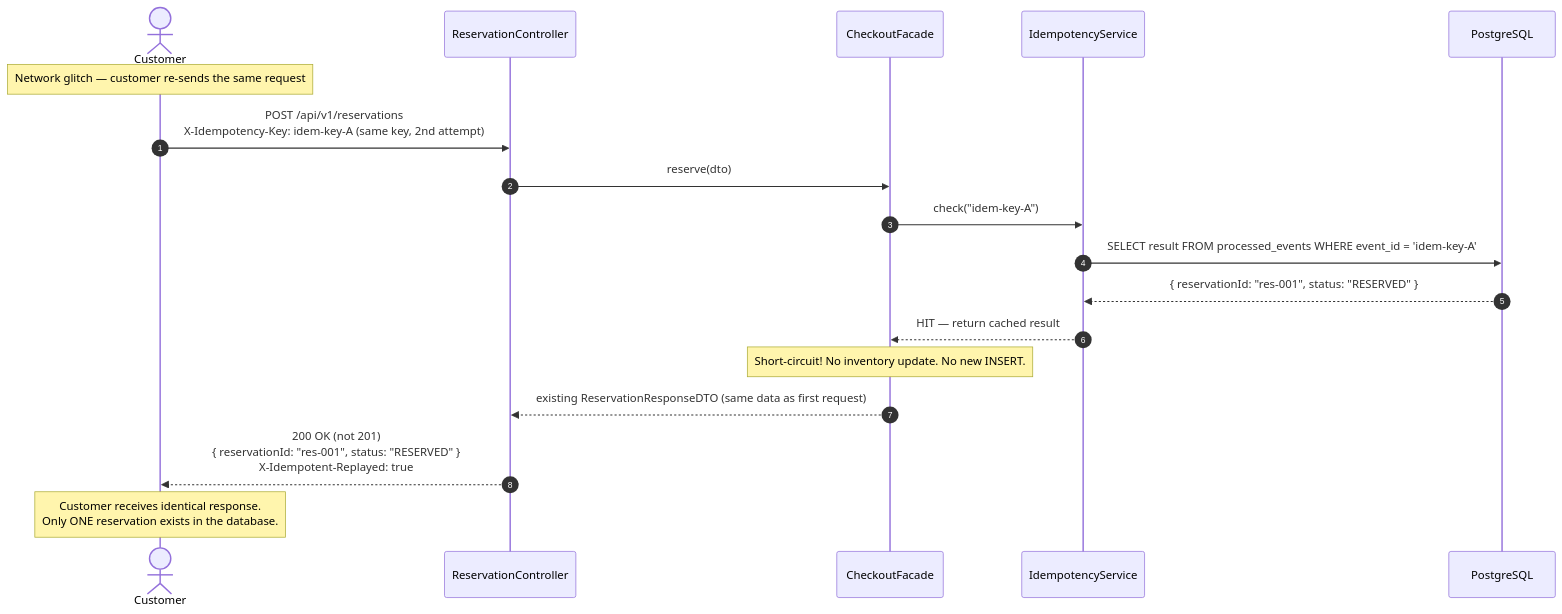
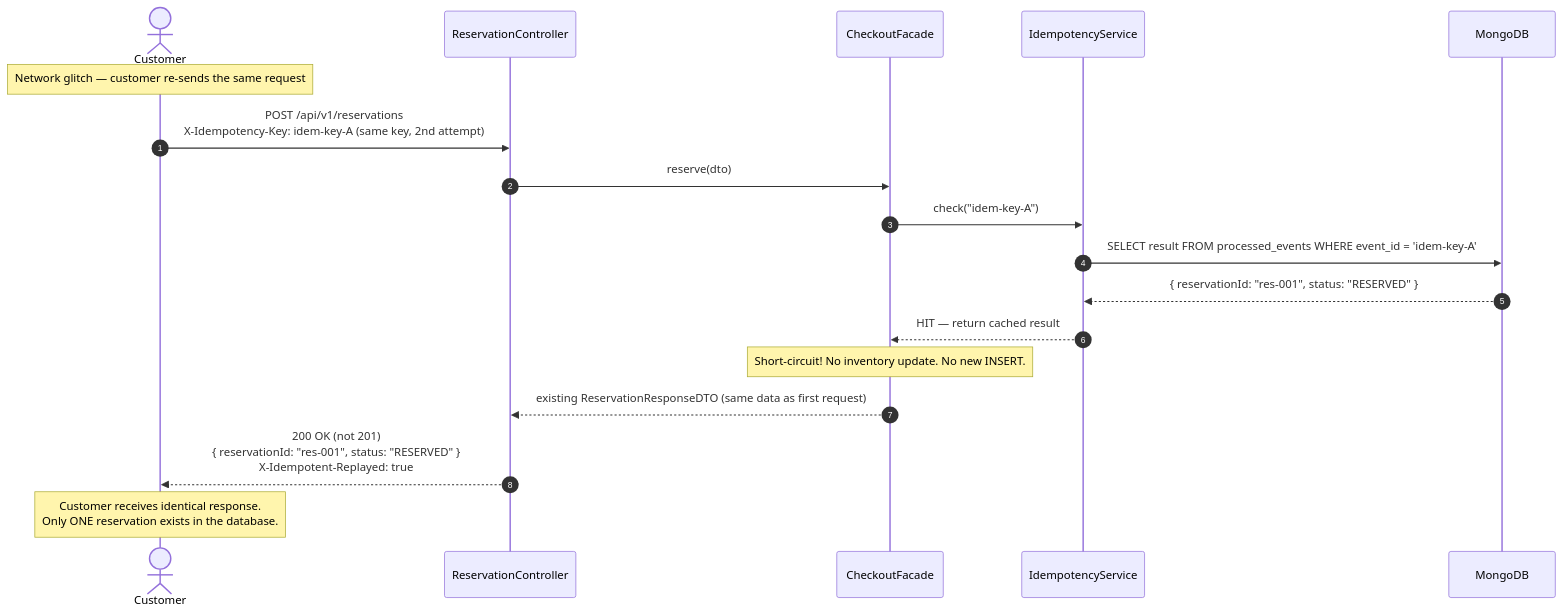
Before and after one commit to DharunKumar-K/sd: the third of 6 diagrams in 03_LLD/03_SEQUENCE_DIAGRAMS.md, drawn with Mermaid. The commit also changed other lines of this file and 40 other files, not shown here.

Commit message:
chore: migrate architecture documentation from PostgreSQL to MongoDB as per ADR-MONGODB-001

````diff
--- a/03_LLD/03_SEQUENCE_DIAGRAMS.md
+++ b/03_LLD/03_SEQUENCE_DIAGRAMS.md
@@ -126,26 +126,26 @@
 ```mermaid
 sequenceDiagram
     autonumber
     actor Customer
     participant RC as ReservationController
     participant CF as CheckoutFacade
     participant IDS as IdempotencyService
-    participant PG as PostgreSQL
+    participant PG as MongoDB
 
     Note over Customer: Network glitch — customer re-sends the same request
 
     Customer->>RC: POST /api/v1/reservations<br/>X-Idempotency-Key: idem-key-A (same key, 2nd attempt)
 
     RC->>CF: reserve(dto)
 
     CF->>IDS: check("idem-key-A")
     IDS->>PG: SELECT result FROM processed_events WHERE event_id = 'idem-key-A'
     PG-->>IDS: { reservationId: "res-001", status: "RESERVED" }
     IDS-->>CF: HIT — return cached result
 
     Note over CF: Short-circuit! No inventory update. No new INSERT.
     CF-->>RC: existing ReservationResponseDTO (same data as first request)
     RC-->>Customer: 200 OK (not 201)<br/>{ reservationId: "res-001", status: "RESERVED" }<br/>X-Idempotent-Replayed: true
 
     Note over Customer: Customer receives identical response.<br/>Only ONE reservation exists in the database.
 ```
````
